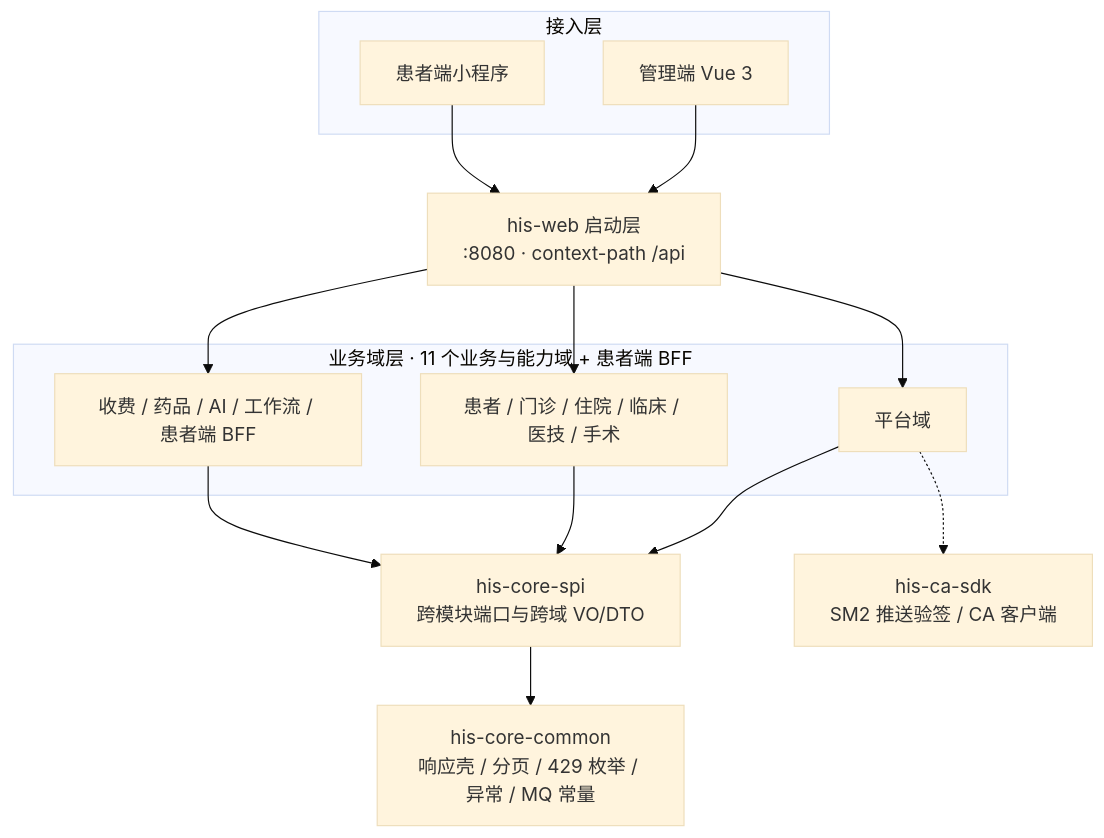
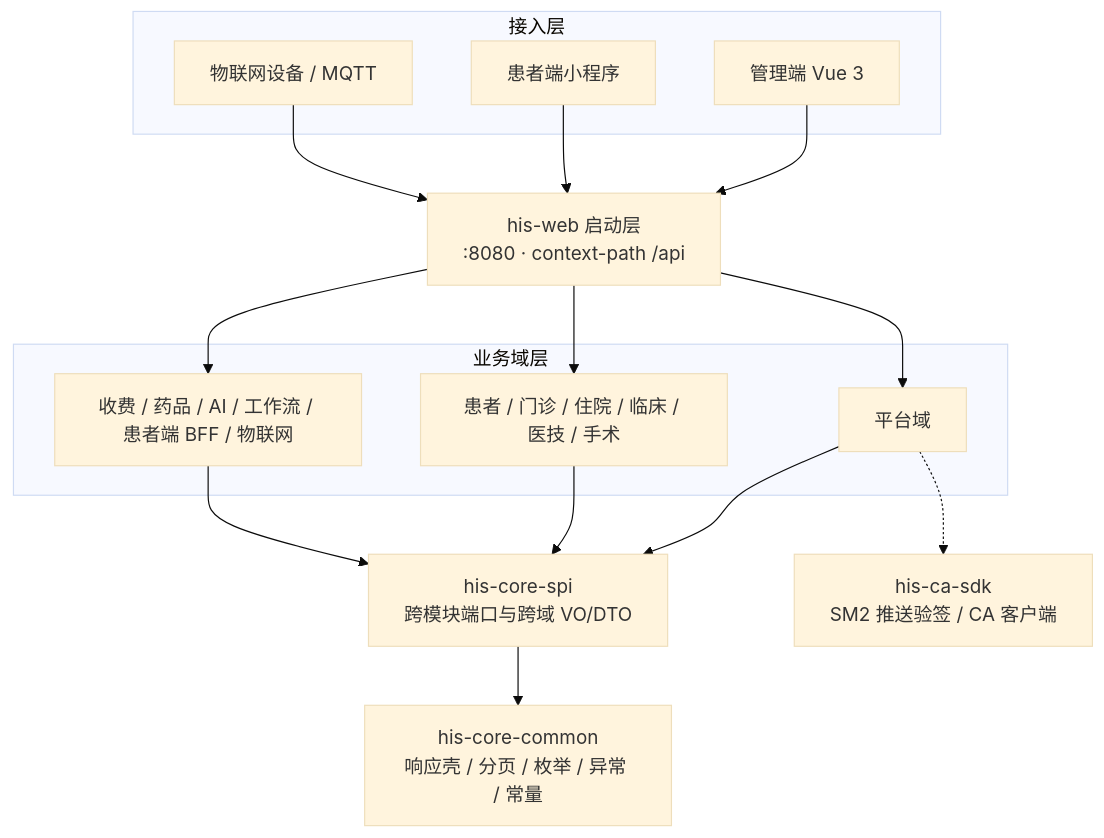
Before and after one commit to cslaochai/cslkhis: the diagram in README.md, drawn with Mermaid (base theme). The commit also changed other lines of this file and 194 other files, not shown here.

````diff
--- a/README.md
+++ b/README.md
@@ -282,29 +134,31 @@
 ```mermaid
 flowchart TB
     subgraph ACCESS["接入层"]
         FRONT["管理端 Vue 3"]
         MINI["患者端小程序"]
+        IOTDEV["物联网设备 / MQTT"]
     end
 
     WEB["his-web 启动层<br/>:8080 · context-path /api"]
 
-    subgraph DOMAIN["业务域层 · 11 个业务与能力域 + 患者端 BFF"]
+    subgraph DOMAIN["业务域层"]
         PLATFORM["平台域"]
         CLINIC["患者 / 门诊 / 住院 / 临床 / 医技 / 手术"]
-        BUSINESS["收费 / 药品 / AI / 工作流 / 患者端 BFF"]
+        BUSINESS["收费 / 药品 / AI / 工作流 / 患者端 BFF / 物联网"]
     end
 
     SPI["his-core-spi<br/>跨模块端口与跨域 VO/DTO"]
-    COMMON["his-core-common<br/>响应壳 / 分页 / 429 枚举 / 异常 / MQ 常量"]
+    COMMON["his-core-common<br/>响应壳 / 分页 / 枚举 / 异常 / 常量"]
 
     FRONT --> WEB
     MINI --> WEB
+    IOTDEV --> WEB
     WEB --> PLATFORM
     WEB --> CLINIC
     WEB --> BUSINESS
     PLATFORM --> SPI
     CLINIC --> SPI
     BUSINESS --> SPI
     SPI --> COMMON
     PLATFORM -.-> CA["his-ca-sdk<br/>SM2 推送验签 / CA 客户端"]
 ```
````
